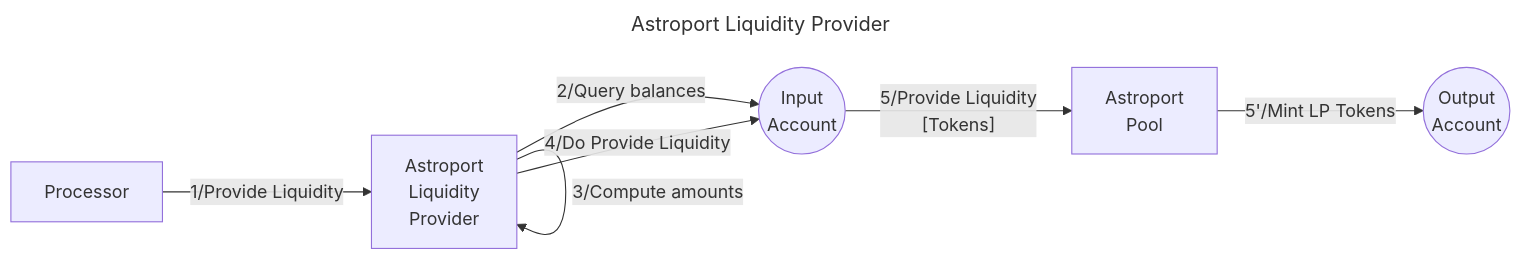
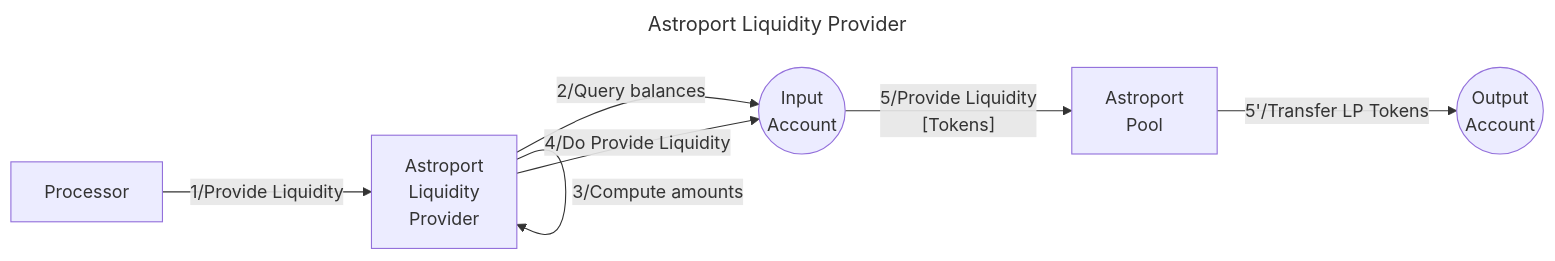
The diagram in docs/src/libraries/astroport-lper.md (timewave-computer/valence-protocol), drawn with Mermaid before and after one commit. The commit also changed 3 other files, not shown here.

````diff
--- a/docs/src/libraries/astroport-lper.md
+++ b/docs/src/libraries/astroport-lper.md
@@ -7,24 +7,24 @@
 ```mermaid
 ---
 title: Astroport Liquidity Provider
 ---
 graph LR
   IA((Input
       Account))
   OA((Output
 		  Account))
   P[Processor]
   S[Astroport
       Liquidity
       Provider]
   AP[Astroport
      Pool]
   P -- 1/Provide Liquidity --> S
   S -- 2/Query balances --> IA
   S -- 3/Compute amounts --> S
   S -- 4/Do Provide Liquidity --> IA
   IA -- 5/Provide Liquidity
 				  [Tokens] --> AP
-  AP -- 5'/Mint LP Tokens --> OA
+  AP -- 5'/Transfer LP Tokens --> OA
 
 ```
````
